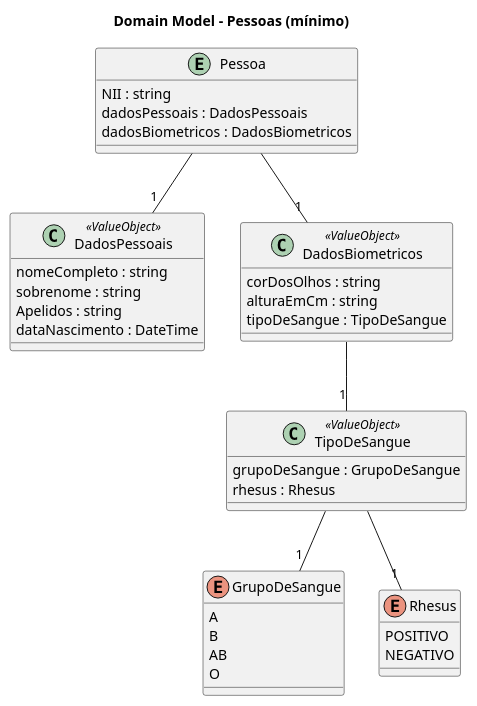
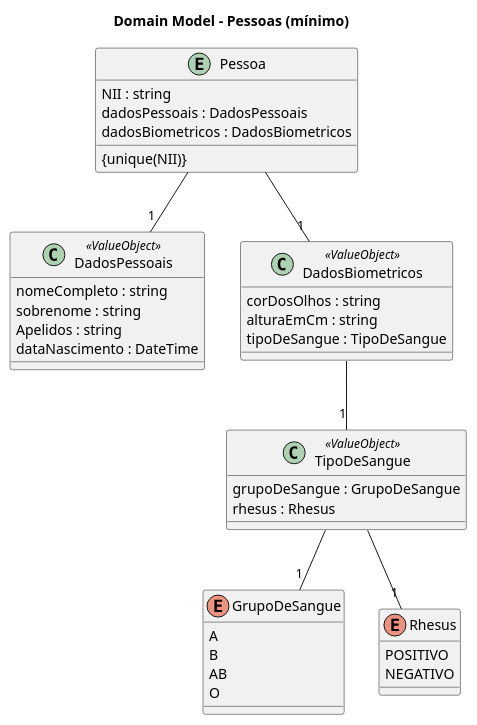
One commit to Raimundo82/pessoas-integracao changed the diagram in docs/domain/domain.md. Above: the diagram before and after it, drawn with PlantUML.

Commit message:
docs(domain): add unique constraint for `NII` in `Pessoa` entity (#300)
## Checklist

- [X] Branch name follows **Conventional Branch**
- [X] PR titles and Commit messages follow **Conventional Commits**

````diff
--- a/docs/domain/domain.md
+++ b/docs/domain/domain.md
@@ -3,49 +3,50 @@
 ```plantuml
 @startuml domain-model-pessoas
 
 title Domain Model – Pessoas (mínimo)
 
 Entity Pessoa {
   NII : string
   dadosPessoais : DadosPessoais
   dadosBiometricos : DadosBiometricos
 }
 
 class DadosPessoais << ValueObject >> {
   nomeCompleto : string
   sobrenome : string
   Apelidos : string
   dataNascimento : DateTime
 }
 
 class DadosBiometricos << ValueObject >> {
   corDosOlhos : string
   alturaEmCm : string
   tipoDeSangue : TipoDeSangue
 }
 
 class TipoDeSangue << ValueObject >>{
     grupoDeSangue : GrupoDeSangue
     rhesus : Rhesus
 }
 
 enum GrupoDeSangue {
     A
     B
     AB
     O
 }
 
 enum Rhesus {
     POSITIVO
     NEGATIVO
 }
 
+Pessoa : {unique(NII)}
 Pessoa -- "1" DadosPessoais
 Pessoa -- "1" DadosBiometricos
 DadosBiometricos -- "1" TipoDeSangue
 TipoDeSangue -- "1" GrupoDeSangue
 TipoDeSangue -- "1" Rhesus
 
 @enduml
 ```
````
